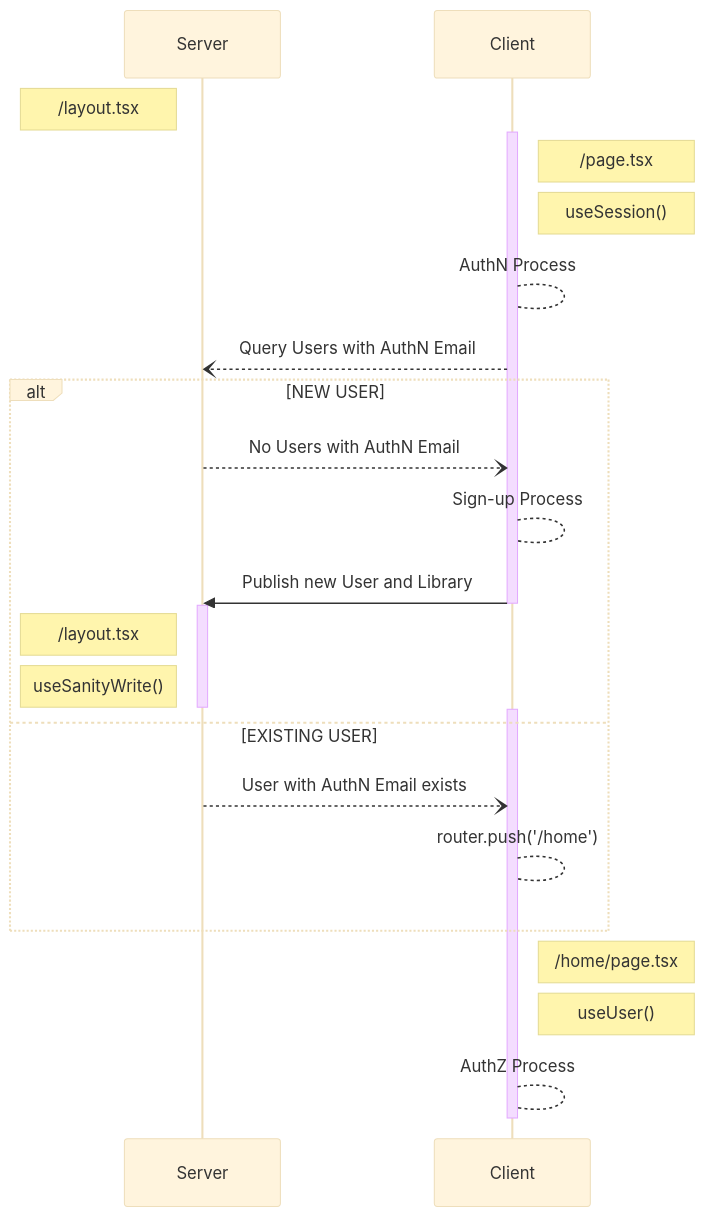
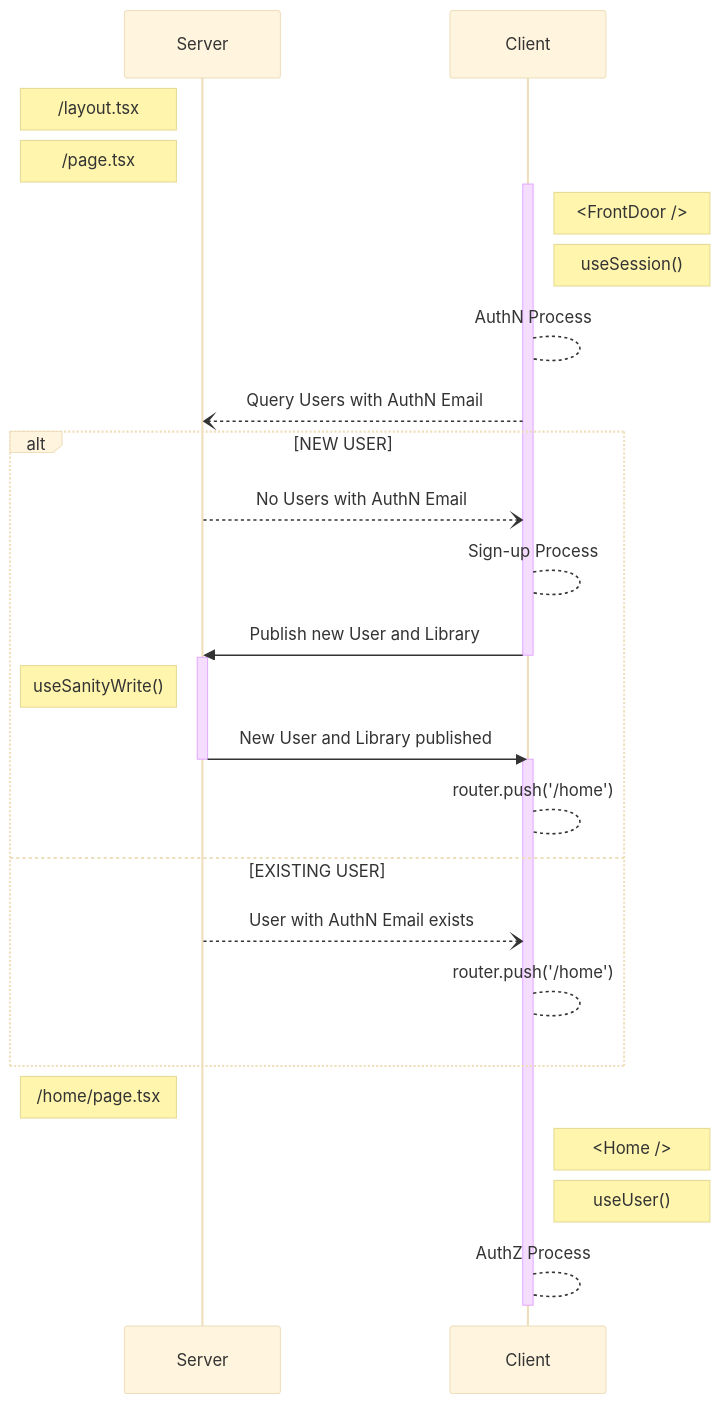
The diagram in technical-documentation/authn-authz-flow.md (aaronjones0/muze), drawn with Mermaid (base theme) before and after one commit.

Commit message:
GITBOOK-21: change request with no subject merged in GitBook

````diff
--- a/technical-documentation/authn-authz-flow.md
+++ b/technical-documentation/authn-authz-flow.md
@@ -3,29 +3,32 @@
 ```mermaid  fullWidth="false"
 sequenceDiagram
   participant S as Server
   participant C as Client
   Note left of S: /layout.tsx
+  Note left of S: /page.tsx
   activate C
-  Note right of C: /page.tsx
+  Note right of C: <FrontDoor />
   Note right of C: useSession()
   C-->C: AuthN Process
   C--)S: Query Users with AuthN Email
   alt NEW USER
   S--)C: No Users with AuthN Email
   C-->C: Sign-up Process
   C->>S: Publish new User and Library
   deactivate C
   activate S
-  Note left of S: /layout.tsx
   Note left of S: useSanityWrite()
+  S->>C: New User and Library published
   deactivate S
   activate C
+  C-->C: router.push('/home')
   else EXISTING USER
   S--)C: User with AuthN Email exists
-  C-->C: router.push('/home');
+  C-->C: router.push('/home')
   end
-  Note right of C: /home/page.tsx
+  Note left of S: /home/page.tsx
+  Note right of C: <Home />
   Note right of C: useUser()
   C-->C: AuthZ Process
   deactivate C
 ```
````
